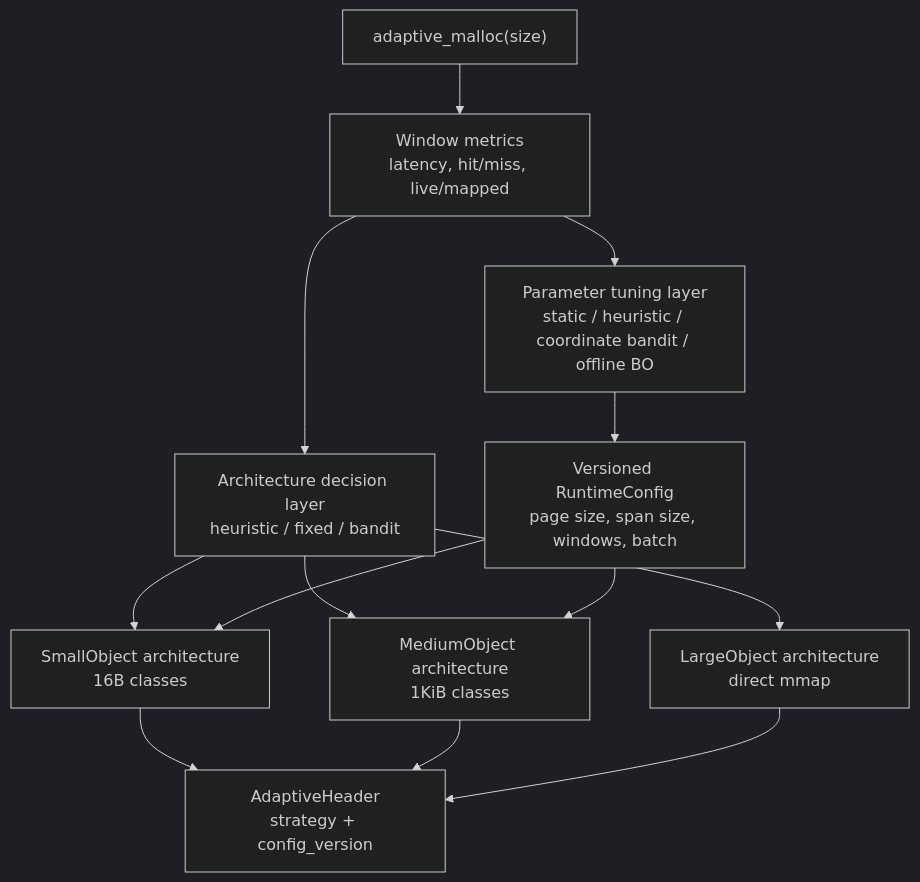
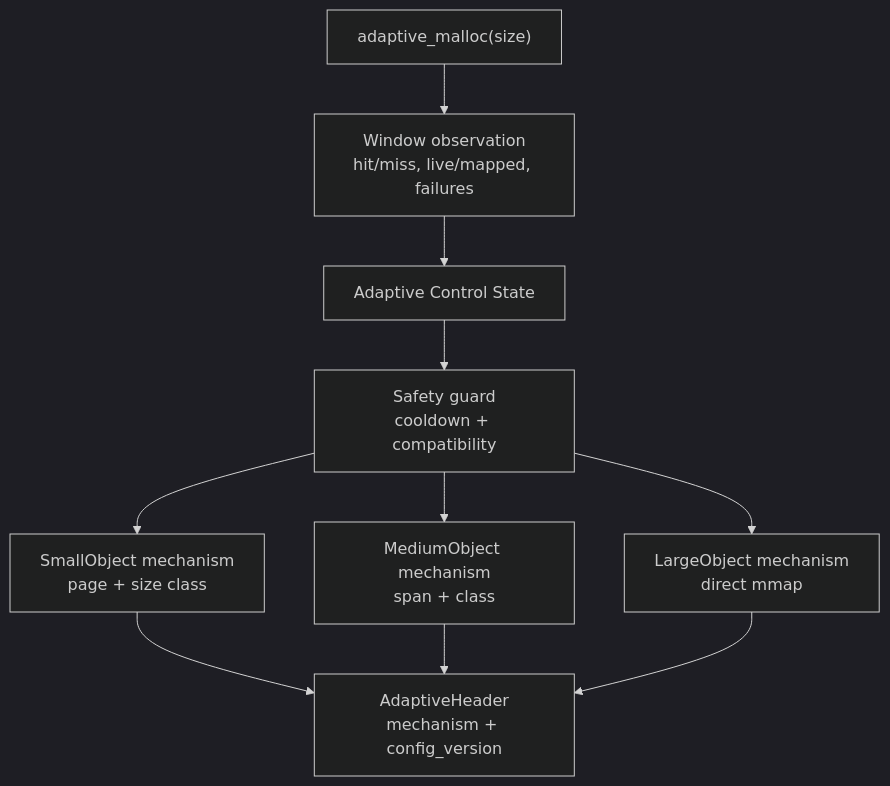
The diagram in docs/adaptive_allocator.md (sdsasf/my_malloc), drawn with Mermaid (dark theme) before and after one commit. The commit also changed other lines of this file and 8 other files, not shown here.

Commit message:
Clarify adaptive mechanism control

````diff
--- a/docs/adaptive_allocator.md
+++ b/docs/adaptive_allocator.md
@@ -17,25 +27,21 @@
 ```mermaid
 flowchart TB
     Req["adaptive_malloc(size)"]
-    Metrics["Window metrics<br/>latency, hit/miss, live/mapped"]
-    Arch["Architecture decision layer<br/>heuristic / fixed / bandit"]
-    Param["Parameter tuning layer<br/>static / heuristic / coordinate bandit / offline BO"]
-    Config["Versioned RuntimeConfig<br/>page size, span size, windows, batch"]
-    Small["SmallObject architecture<br/>16B classes"]
-    Medium["MediumObject architecture<br/>1KiB classes"]
-    Large["LargeObject architecture<br/>direct mmap"]
-    Header["AdaptiveHeader<br/>strategy + config_version"]
+    Obs["Window observation<br/>hit/miss, live/mapped, failures"]
+    Ctrl["Adaptive Control State"]
+    Safety["Safety guard<br/>cooldown + compatibility"]
+    Small["SmallObject mechanism<br/>page + size class"]
+    Medium["MediumObject mechanism<br/>span + class"]
+    Large["LargeObject mechanism<br/>direct mmap"]
+    Header["AdaptiveHeader<br/>mechanism + config_version"]
 
-    Req --> Metrics
-    Metrics --> Arch
-    Metrics --> Param
-    Param --> Config
-    Arch --> Small
-    Arch --> Medium
-    Arch --> Large
-    Config --> Small
-    Config --> Medium
+    Req --> Obs
+    Obs --> Ctrl
+    Ctrl --> Safety
+    Safety --> Small
+    Safety --> Medium
+    Safety --> Large
     Small --> Header
     Medium --> Header
     Large --> Header
 ```
````
